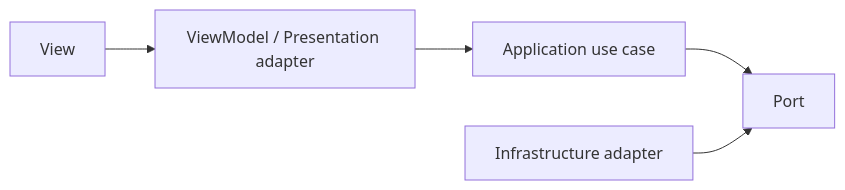
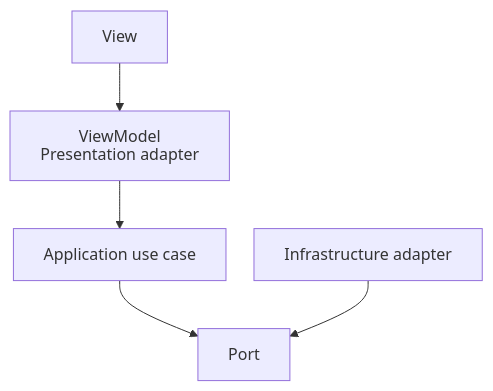
Before and after one commit to AndresTaoFlorez/software-architecture: the second of 3 diagrams in architecture/patterns/presentation/model-view-viewmodel/5-mvvm-in-react-redux.md, drawn with Mermaid. The commit also changed other lines of this file and 79 other files, not shown here.

````diff
--- a/architecture/patterns/presentation/model-view-viewmodel/5-mvvm-in-react-redux.md
+++ b/architecture/patterns/presentation/model-view-viewmodel/5-mvvm-in-react-redux.md
@@ -55,5 +74,6 @@
 ```mermaid
-flowchart LR
-    V["View"] --> VM["ViewModel / Presentation adapter"] --> A["Application use case"] --> P["Port"]
+%%{init: {"htmlLabels": false, "flowchart": {"htmlLabels": false, "nodeSpacing": 28, "rankSpacing": 48, "diagramPadding": 20, "wrappingWidth": 280}, "sequence": {"wrap": true, "diagramMarginX": 20, "diagramMarginY": 20}}}%%
+flowchart TB
+    V["View"] --> VM["ViewModel<br/>Presentation adapter"] --> A["Application use case"] --> P["Port"]
     I["Infrastructure adapter"] --> P
 ```
````
